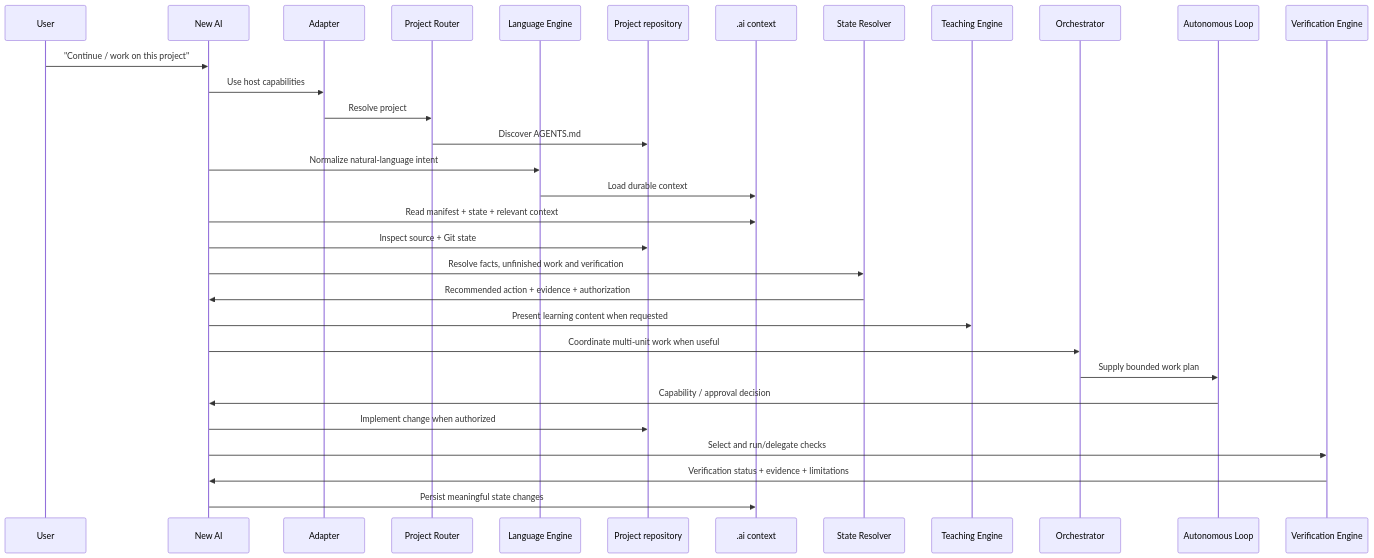
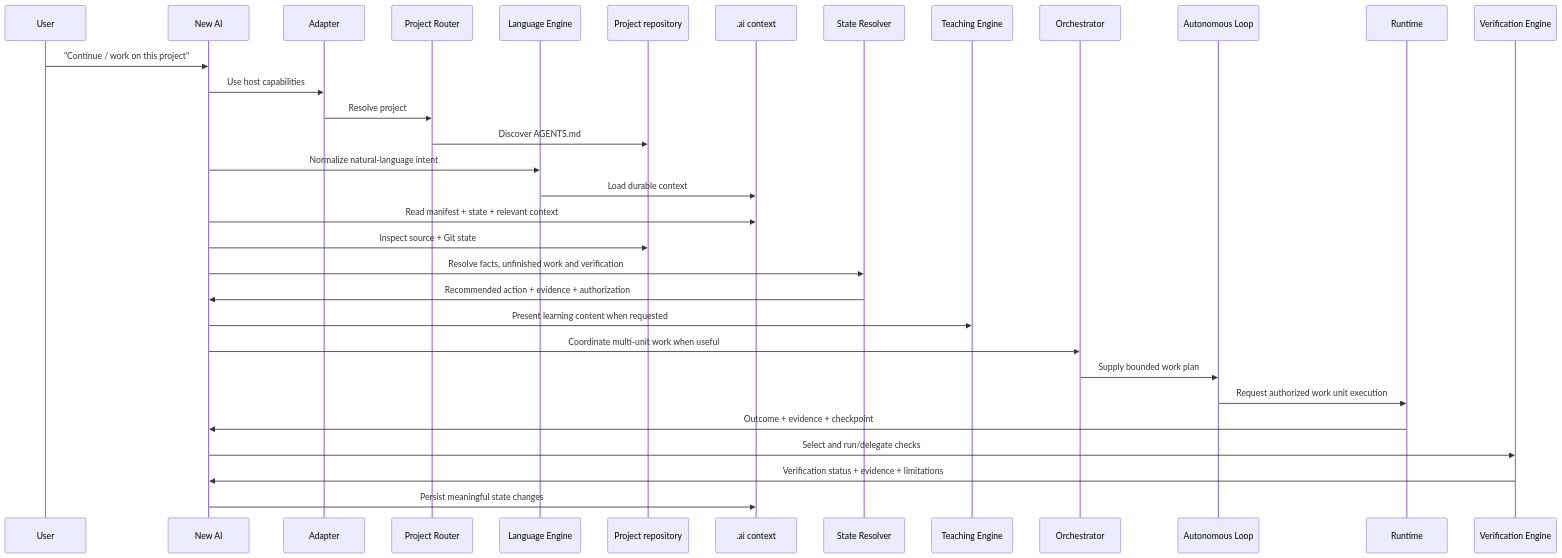
Before and after one commit to zzpsah/chatgpt-development-os: the third of 3 diagrams in docs/ARCHITECTURE.md, drawn with Mermaid. The commit also changed other lines of this file, not shown here.

Commit message:
docs: add executable runtime architecture

````diff
--- a/docs/ARCHITECTURE.md
+++ b/docs/ARCHITECTURE.md
@@ -116,34 +119,35 @@
 ```mermaid
 sequenceDiagram
     participant U as User
     participant A as New AI
     participant AD as Adapter
     participant R as Project Router
     participant E as Language Engine
     participant G as Project repository
     participant C as .ai context
     participant S as State Resolver
     participant TE as Teaching Engine
     participant AO as Orchestrator
     participant AL as Autonomous Loop
+    participant ER as Runtime
     participant V as Verification Engine
 
     U->>A: "Continue / work on this project"
     A->>AD: Use host capabilities
     AD->>R: Resolve project
     R->>G: Discover AGENTS.md
     A->>E: Normalize natural-language intent
     E->>C: Load durable context
     A->>C: Read manifest + state + relevant context
     A->>G: Inspect source + Git state
     A->>S: Resolve facts, unfinished work and verification
     S->>A: Recommended action + evidence + authorization
     A->>TE: Present learning content when requested
     A->>AO: Coordinate multi-unit work when useful
     AO->>AL: Supply bounded work plan
-    AL->>A: Capability / approval decision
-    A->>G: Implement change when authorized
+    AL->>ER: Request authorized work unit execution
+    ER->>A: Outcome + evidence + checkpoint
     A->>V: Select and run/delegate checks
     V->>A: Verification status + evidence + limitations
     A->>C: Persist meaningful state changes
 ```
````
